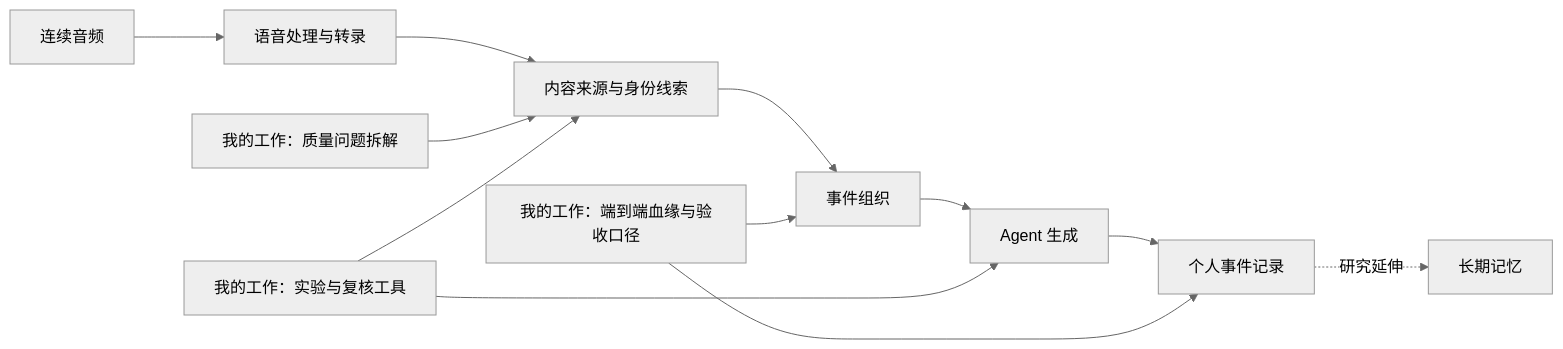
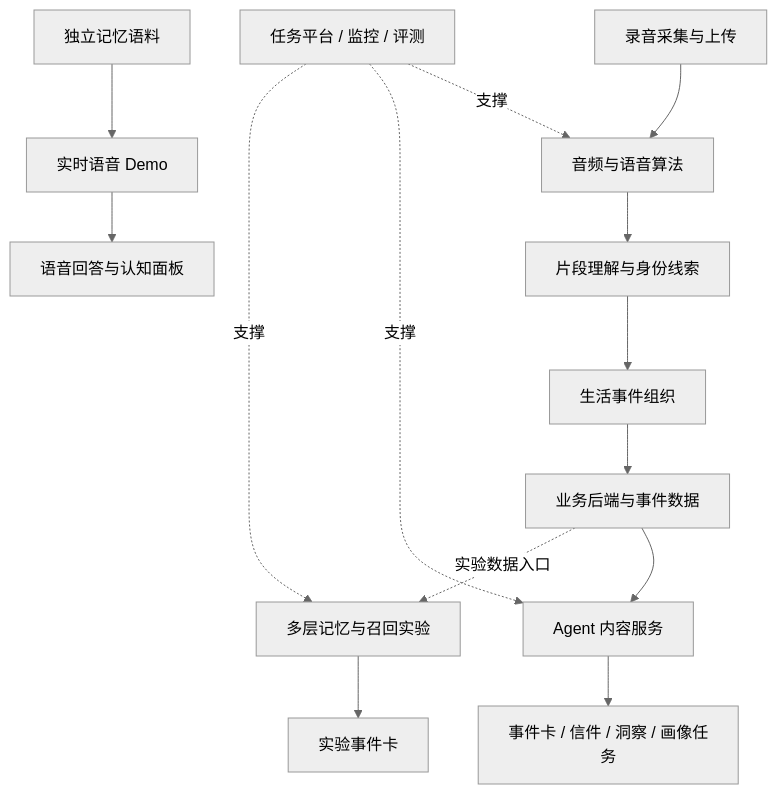
The diagram in README.md (xiao222xian/audio-memory-research-notes), drawn with Mermaid (neutral theme) before and after one commit. The commit also changed other lines of this file and 23 other files, not shown here.

````diff
--- a/README.md
+++ b/README.md
@@ -34,14 +33,16 @@
 ```mermaid
-flowchart LR
-    A[连续音频] --> B[语音处理与转录]
-    B --> C[内容来源与身份线索]
-    C --> D[事件组织]
-    D --> E[Agent 生成]
-    E --> F[个人事件记录]
-    F -.研究延伸.-> G[长期记忆]
-    H[我的工作：质量问题拆解] --> C
-    I[我的工作：实验与复核工具] --> C
-    I --> E
-    J[我的工作：端到端血缘与验收口径] --> D
-    J --> F
+flowchart TD
+    A[录音采集与上传] --> B[音频与语音算法]
+    B --> C[片段理解与身份线索]
+    C --> D[生活事件组织]
+    D --> E[业务后端与事件数据]
+    E --> F[Agent 内容服务]
+    F --> G[事件卡 / 信件 / 洞察 / 画像任务]
+    E -.实验数据入口.-> H[多层记忆与召回实验]
+    H --> I[实验事件卡]
+    J[独立记忆语料] --> K[实时语音 Demo]
+    K --> L[语音回答与认知面板]
+    M[任务平台 / 监控 / 评测] -.支撑.-> B
+    M -.支撑.-> F
+    M -.支撑.-> H
 ```
````
